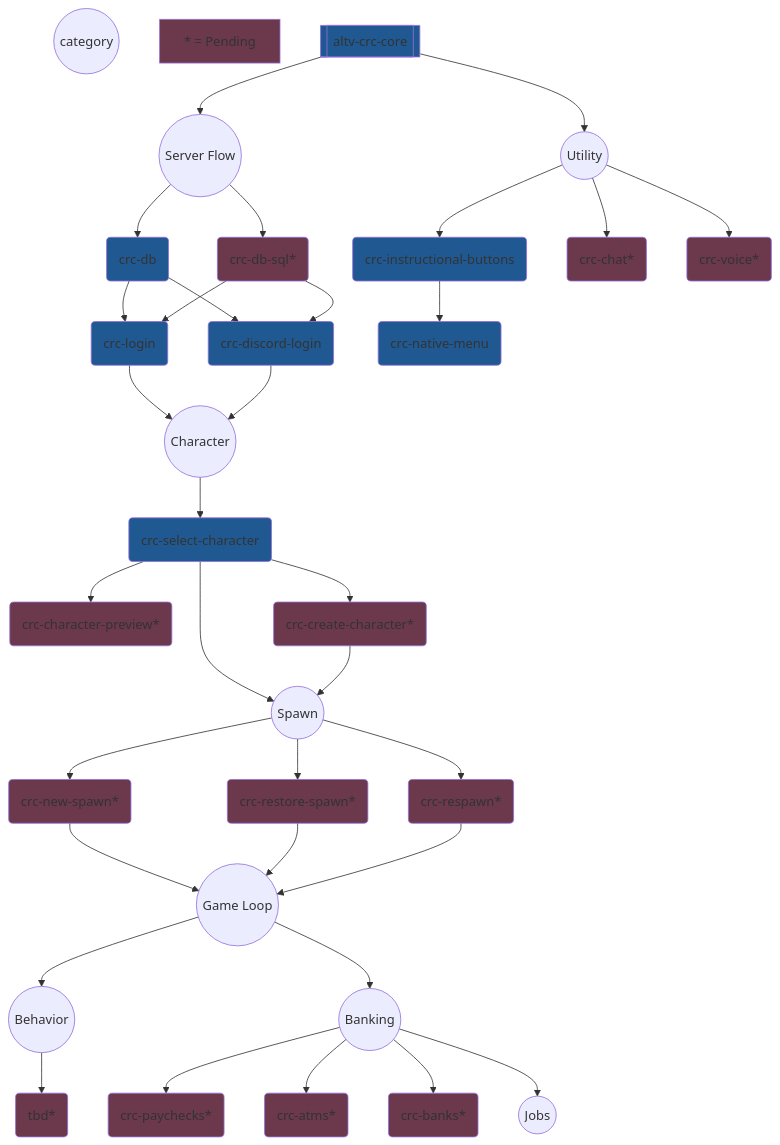
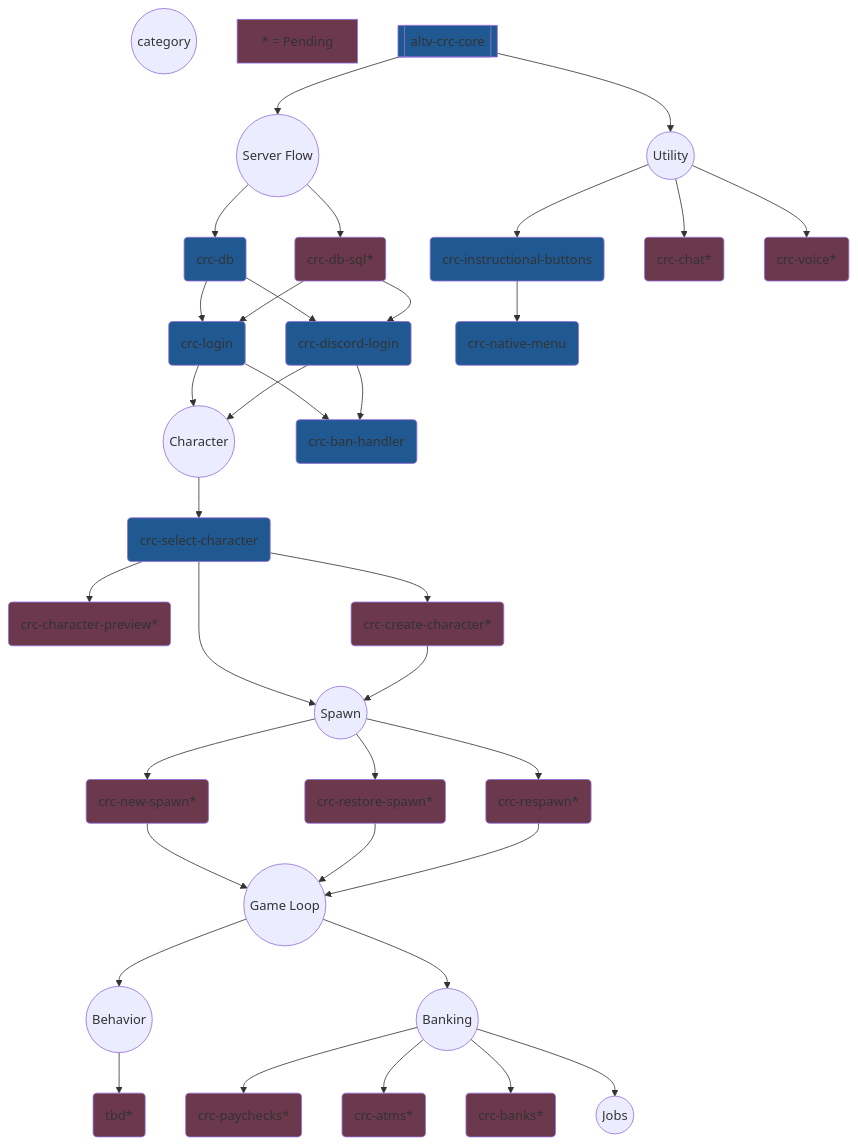
Before and after one commit to altv-crc/.github: the diagram in profile/README.md, drawn with Mermaid. The commit also changed other lines of this file, not shown here.

````diff
--- a/profile/README.md
+++ b/profile/README.md
@@ -88,78 +43,80 @@
 ```mermaid
 graph TD
     classDef pending fill:#6b384c
     classDef ready fill:#205991
 
     category((category))
     not_created[* = Pending]:::pending
 
     %% Initial Category
     altv_crc_core[[altv-crc-core]]:::ready
     altv_crc_core --> cat_core
     altv_crc_core --> cat_utility
 
     %% Core
     cat_core((Server Flow))
     cat_core --> crc_db:::ready
     cat_core --> crc_db_sql
 
     %% Database
     crc_db(crc-db):::ready
     crc_db --> crc_login
     crc_db --> crc_discord_login
     crc_db_sql(crc-db-sql*):::pending
     crc_db_sql --> crc_login
     crc_db_sql --> crc_discord_login
 
     %% Authentication
     crc_login(crc-login):::ready
     crc_discord_login(crc-discord-login):::ready
     crc_login --> cat_character
     crc_discord_login --> cat_character
+    crc_login --> crc_ban_handler(crc-ban-handler):::ready
+    crc_discord_login --> crc_ban_handler
 
     %% Character
     cat_character((Character))
     cat_character --> crc_char_select(crc-select-character):::ready
     crc_char_select --> crc_char_preview(crc-character-preview*):::pending
     crc_char_select --> crc_char_create(crc-create-character*):::pending
     crc_char_select --> cat_spawn
     crc_char_create --> cat_spawn
 
     %% Spawn
     cat_spawn((Spawn))
     cat_spawn --> crc_new_spawn(crc-new-spawn*):::pending
     cat_spawn --> crc_restore_spawn(crc-restore-spawn*):::pending
     cat_spawn --> crc_respawn(crc-respawn*):::pending
     crc_new_spawn --> cat_game_loop
     crc_restore_spawn --> cat_game_loop
     crc_respawn --> cat_game_loop
 
     %% Game Loop
     cat_game_loop((Game Loop))
     cat_game_loop --> cat_behavior
     cat_game_loop --> cat_banking
    
     %% Behavior
     cat_behavior((Behavior))
     cat_behavior --> tbd(tbd*):::pending
 
     %% Banking
     cat_banking((Banking))
     cat_banking --> crc_paychecks(crc-paychecks*):::pending
     cat_banking --> crc_atm(crc-atms*):::pending
     cat_banking --> crc_banks(crc-banks*):::pending
     cat_banking --> cat_jobs
 
     %% Jobs
     cat_jobs((Jobs))
 
     %% Utility
     cat_utility((Utility))
 
     cat_utility --> crc_instructional_buttons(crc-instructional-buttons):::ready
     crc_instructional_buttons --> crc_native_menu(crc-native-menu):::ready
 
     cat_utility --> crc_chat(crc-chat*):::pending
 
     cat_utility --> crc_voice(crc-voice*):::pending
 ```
````
